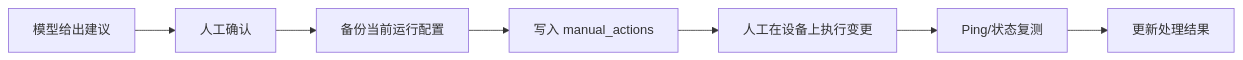
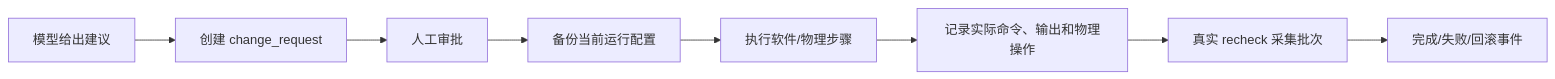
Before and after one commit to A1PHAalpha/-project6: the fourth of 7 diagrams in README.md, drawn with Mermaid. The commit also changed other lines of this file and 28 other files, not shown here.

````diff
--- a/README.md
+++ b/README.md
@@ -357,9 +369,10 @@
 ```mermaid
 flowchart LR
-    A["模型给出建议"] --> B["人工确认"]
-    B --> C["备份当前运行配置"]
-    C --> D["写入 manual_actions"]
-    D --> E["人工在设备上执行变更"]
-    E --> F["Ping/状态复测"]
-    F --> G["更新处理结果"]
+    A["模型给出建议"] --> B["创建 change_request"]
+    B --> C["人工审批"]
+    C --> D["备份当前运行配置"]
+    D --> E["执行软件/物理步骤"]
+    E --> F["记录实际命令、输出和物理操作"]
+    F --> G["真实 recheck 采集批次"]
+    G --> H["完成/失败/回滚事件"]
 ```
````
